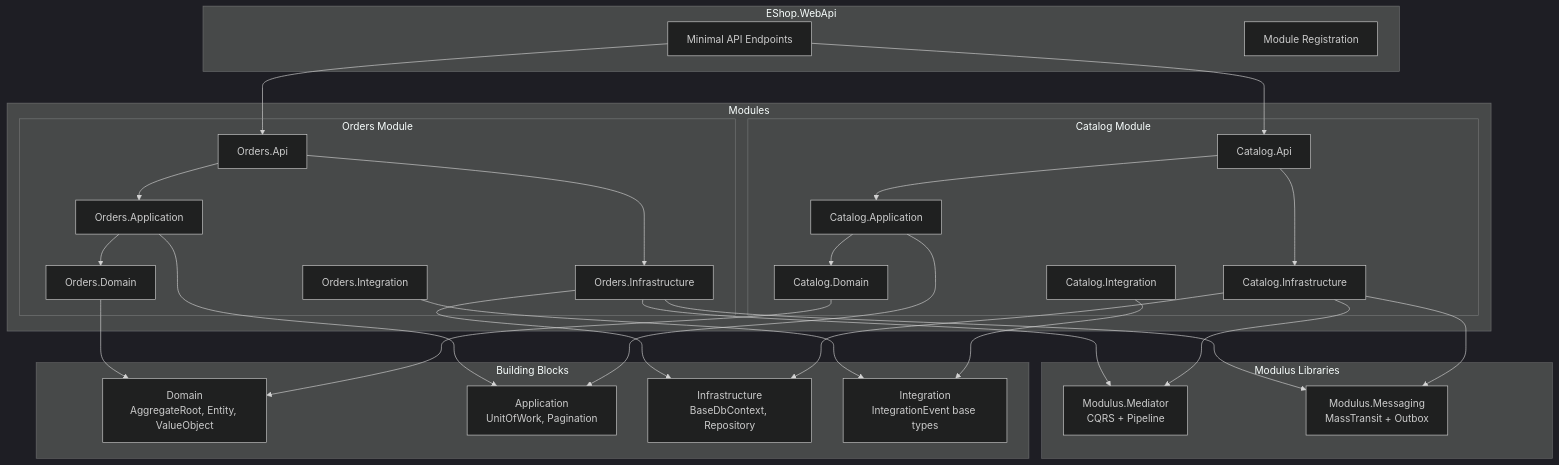
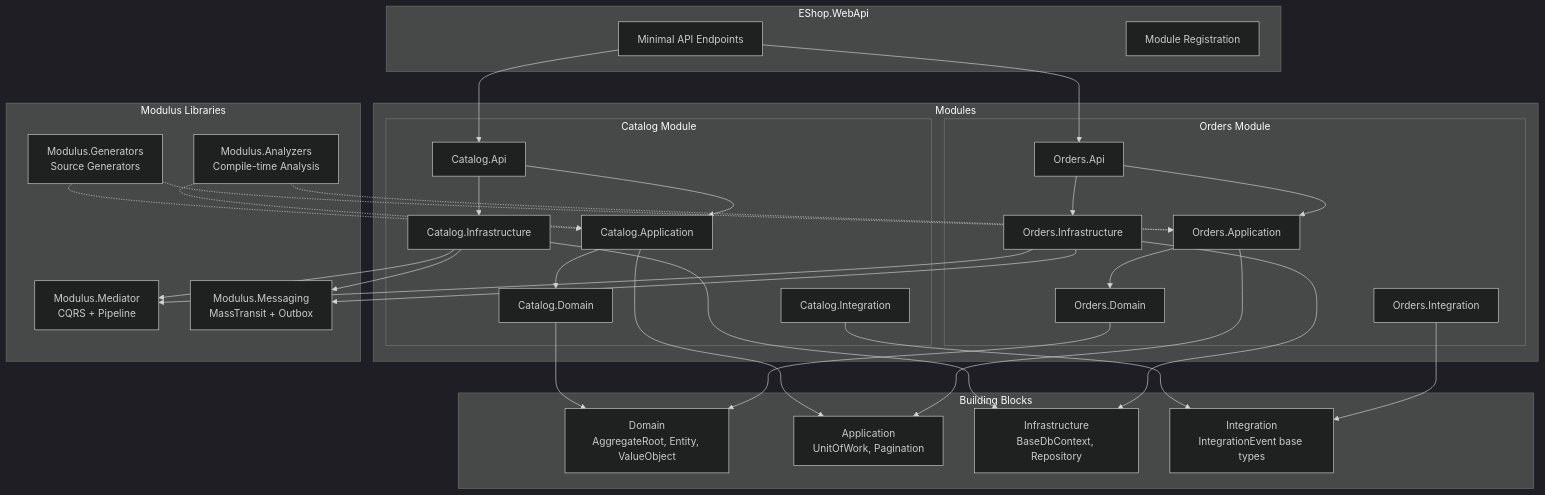
Before and after one commit to AdamWyatt34/Modulus: the diagram in README.md, drawn with Mermaid (dark theme). The commit also changed other lines of this file and 77 other files, not shown here.

````diff
--- a/README.md
+++ b/README.md
@@ -57,56 +59,62 @@
 ```mermaid
 graph TB
     subgraph Host["EShop.WebApi"]
         API[Minimal API Endpoints]
         REG[Module Registration]
     end
 
     subgraph Modules
         subgraph Catalog["Catalog Module"]
             CA[Catalog.Api]
             CAP[Catalog.Application]
             CD[Catalog.Domain]
             CI[Catalog.Infrastructure]
             CINT[Catalog.Integration]
         end
 
         subgraph Orders["Orders Module"]
             OA[Orders.Api]
             OAP[Orders.Application]
             OD[Orders.Domain]
             OI[Orders.Infrastructure]
             OINT[Orders.Integration]
         end
     end
 
     subgraph BuildingBlocks["Building Blocks"]
         BB_D[Domain<br/>AggregateRoot, Entity, ValueObject]
         BB_A[Application<br/>UnitOfWork, Pagination]
         BB_I[Infrastructure<br/>BaseDbContext, Repository]
         BB_INT[Integration<br/>IntegrationEvent base types]
     end
 
     subgraph Libraries["Modulus Libraries"]
         MED[Modulus.Mediator<br/>CQRS + Pipeline]
         MSG[Modulus.Messaging<br/>MassTransit + Outbox]
+        GEN[Modulus.Generators<br/>Source Generators]
+        ANZ[Modulus.Analyzers<br/>Compile-time Analysis]
     end
 
     API --> CA
     API --> OA
     CA --> CAP --> CD
     CA --> CI
     OA --> OAP --> OD
     OA --> OI
     CI --> MED
     OI --> MED
     CI --> MSG
     OI --> MSG
     CD --> BB_D
     OD --> BB_D
     CAP --> BB_A
     OAP --> BB_A
     CI --> BB_I
     OI --> BB_I
     CINT --> BB_INT
     OINT --> BB_INT
+    GEN -.-> CAP
+    GEN -.-> OAP
+    ANZ -.-> CAP
+    ANZ -.-> OAP
 ```
````
